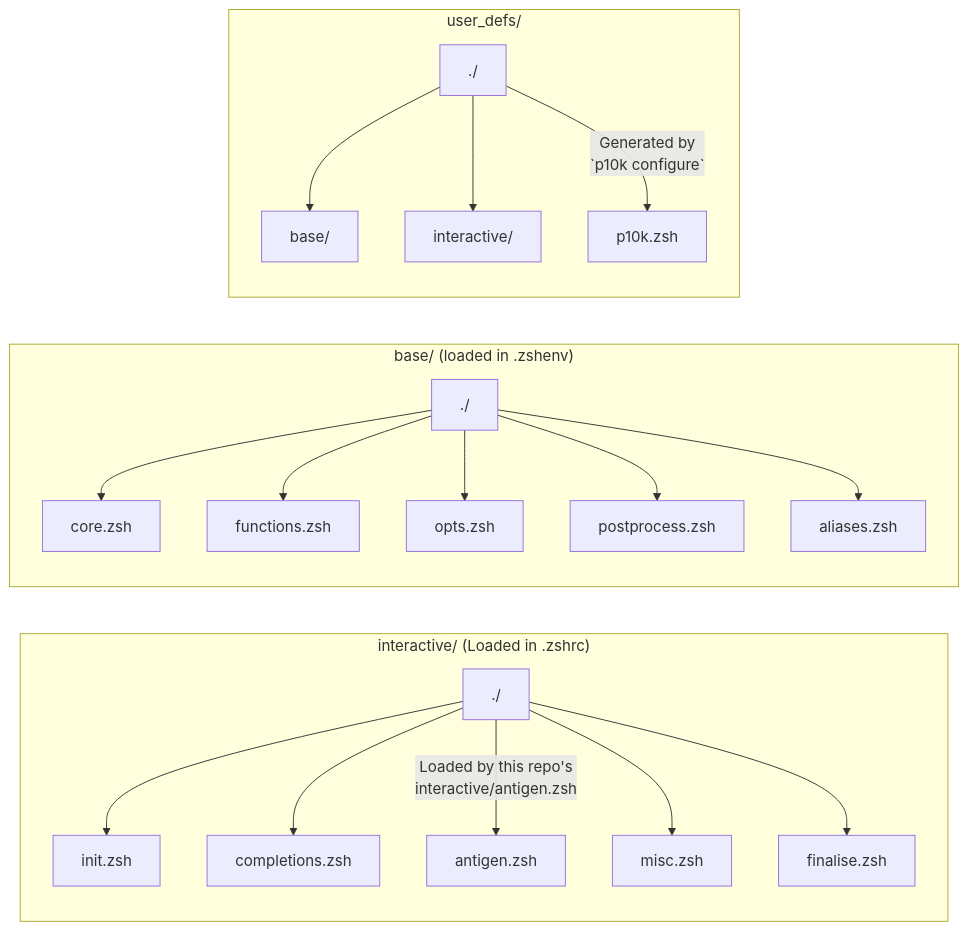
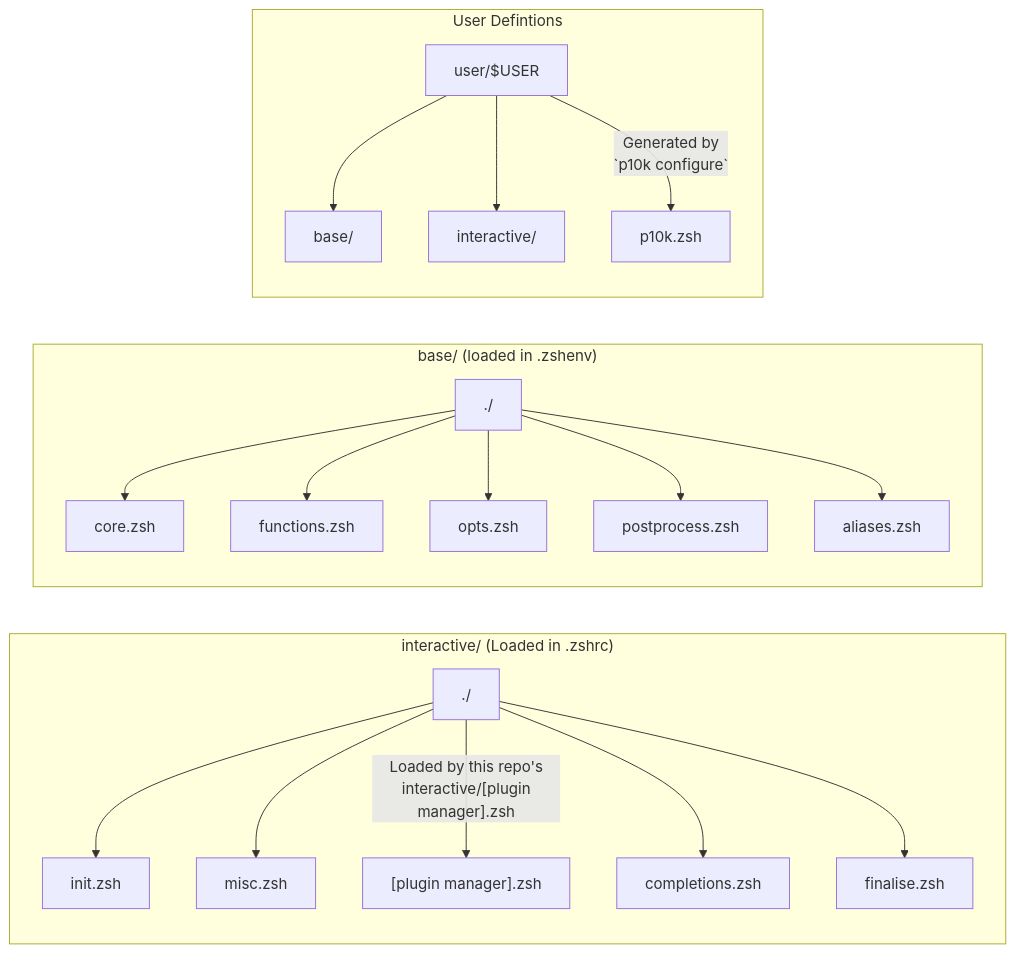
The diagram in docs/userdefs.MD (JamesYeoman/zsh-config), drawn with Mermaid before and after one commit. The commit also changed 3 other files, not shown here.

````diff
--- a/docs/userdefs.MD
+++ b/docs/userdefs.MD
@@ -7,44 +7,44 @@
 ```mermaid
 flowchart LR
     subgraph interactive["interactive/ (Loaded in .zshrc)"]
         30["./"]
         31["init.zsh"]
-        32["completions.zsh"]
-        33["antigen.zsh"]
-        34["misc.zsh"]
+        32["misc.zsh"]
+        33["[plugin manager].zsh"]
+        34["completions.zsh"]
         35["finalise.zsh"]
 
         30 --> 31
         30 --> 32
-        30 --"Loaded by this repo's<br/> interactive/antigen.zsh"--> 33
+        30 --"Loaded by this repo's<br/> interactive/[plugin manager].zsh"--> 33
         30 --> 34
         30 --> 35
     end
 
     subgraph base["base/ (loaded in .zshenv)"]
         20["./"]
         21["core.zsh"]
         22["functions.zsh"]
         23["opts.zsh"]
         24["postprocess.zsh"]
         25["aliases.zsh"]
 
         20 --> 21
         20 --> 22
         20 --> 23
         20 --> 24
         20 --> 25
     end
 
-    subgraph root["user_defs/"]
-        00["./"]
+    subgraph root["User Defintions"]
+        00["user/$USER"]
         01["base/"]
         02["interactive/"]
         03["p10k.zsh"]
 
         00 --> 01
         00 --> 02
         00 -- "Generated by<br/> `p10k configure`" --> 03
     end
 
 ```
````
